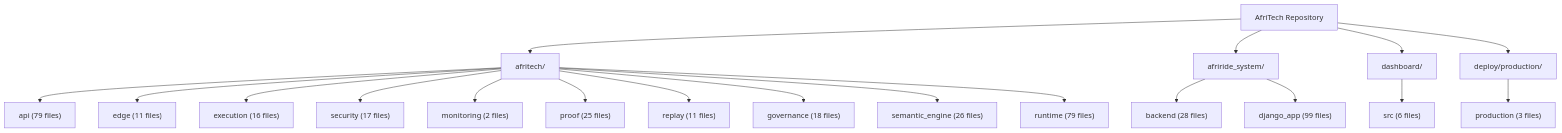
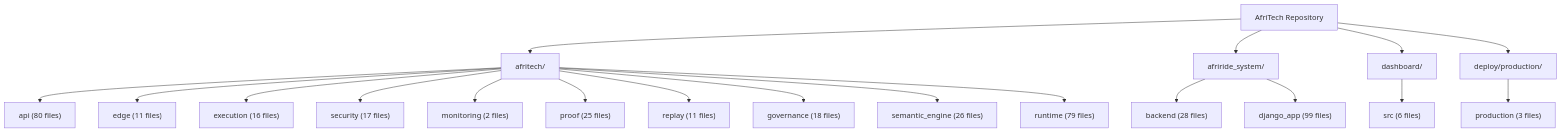
The second of 2 diagrams in docs/architecture/AFRITECH_FULL_ARCHITECTURE_GRAPH.md (Strelly2023/afritelematics), drawn with Mermaid before and after one commit. The commit also changed other lines of this file and 6 other files, not shown here.

````diff
--- a/docs/architecture/AFRITECH_FULL_ARCHITECTURE_GRAPH.md
+++ b/docs/architecture/AFRITECH_FULL_ARCHITECTURE_GRAPH.md
@@ -64,23 +64,23 @@
 ```mermaid
 flowchart TD
     Root["AfriTech Repository"] --> Core["afritech/"]
     Root --> Ride["afriride_system/"]
     Root --> Ui["dashboard/"]
     Root --> Deploy["deploy/production/"]
 
-    Core --> Api["api (79 files)"]
+    Core --> Api["api (80 files)"]
     Core --> Edge["edge (11 files)"]
     Core --> Execution["execution (16 files)"]
     Core --> Security["security (17 files)"]
     Core --> Monitoring["monitoring (2 files)"]
     Core --> Proof["proof (25 files)"]
     Core --> Replay["replay (11 files)"]
     Core --> Governance["governance (18 files)"]
     Core --> Semantic["semantic_engine (26 files)"]
     Core --> Runtime["runtime (79 files)"]
 
     Ride --> Backend["backend (28 files)"]
     Ride --> Django["django_app (99 files)"]
     Ui --> Dashboard["src (6 files)"]
     Deploy --> Production["production (3 files)"]
 ```
````
